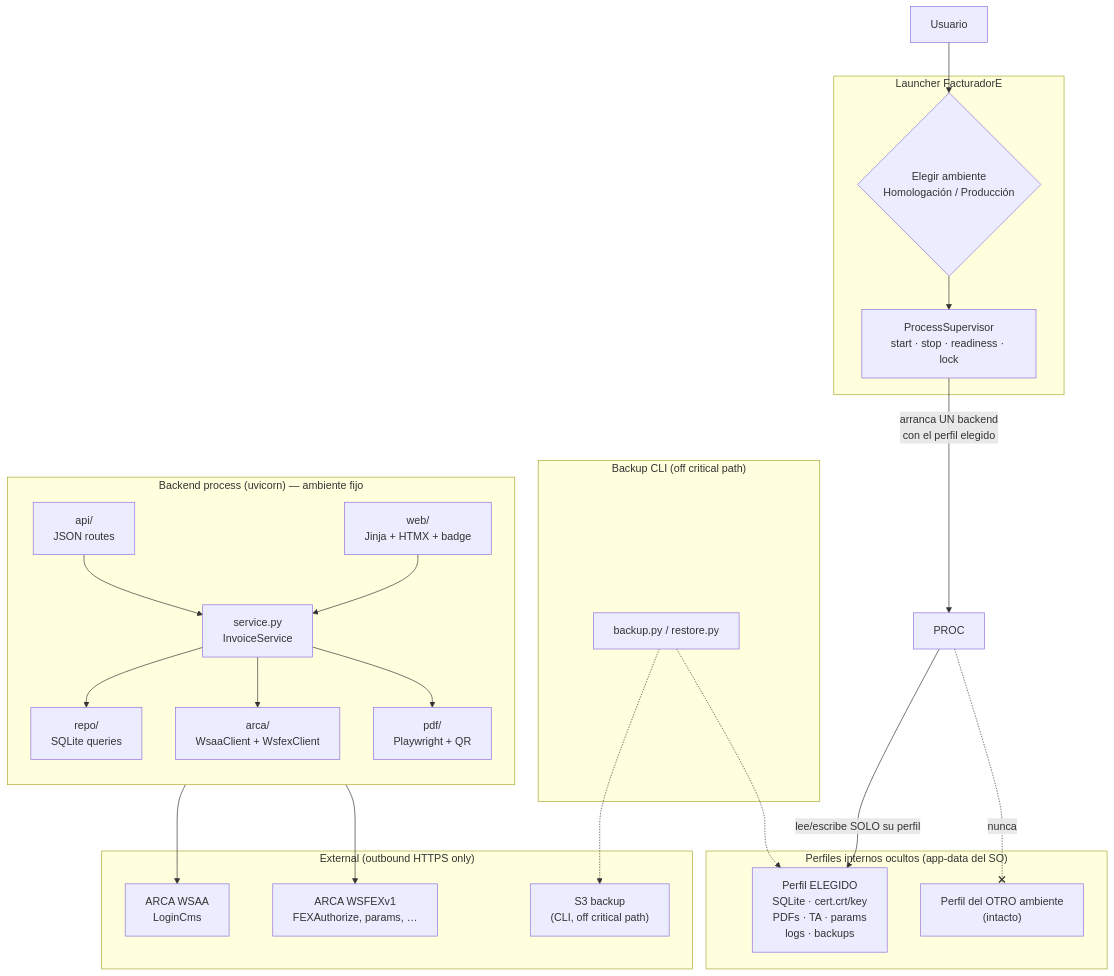
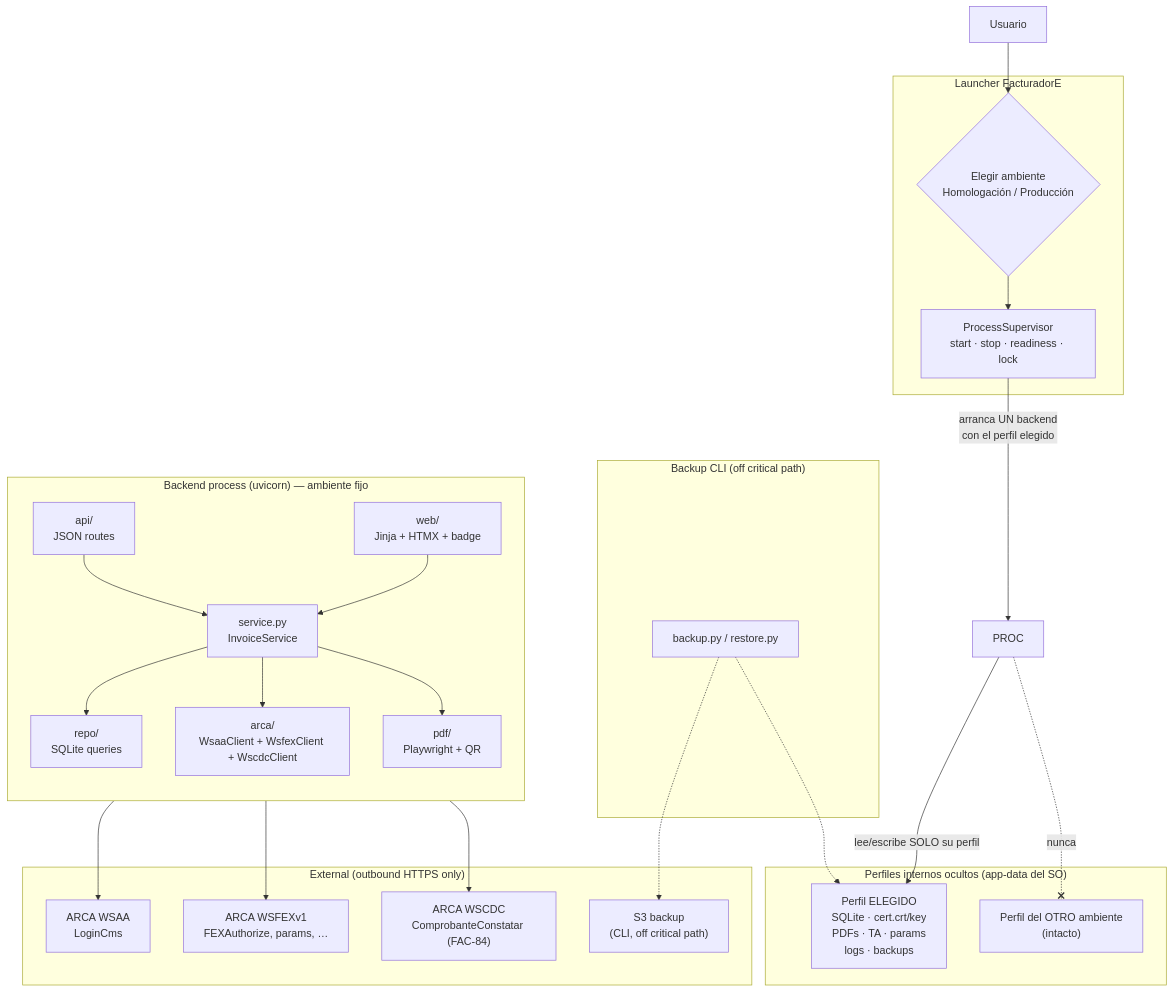
The first of 7 diagrams in docs/agent/architecture-graphs.md (FacundoTripelhorn/facturadorE), drawn with Mermaid before and after one commit. The commit also changed 25 other files, not shown here.

Commit message:
FAC-84: Support Constatación de CAE (WSCDC) for authorized Factura E (#73)

````diff
--- a/docs/agent/architecture-graphs.md
+++ b/docs/agent/architecture-graphs.md
@@ -25,48 +25,50 @@
 ```mermaid
 flowchart TB
   USER["Usuario"] --> CHOICE
 
   subgraph launcher["Launcher FacturadorE"]
     CHOICE{"Elegir ambiente<br/>Homologación / Producción"}
     SUP["ProcessSupervisor<br/>start · stop · readiness · lock"]
     CHOICE --> SUP
   end
 
   SUP -->|"arranca UN backend<br/>con el perfil elegido"| PROC
 
   subgraph proc["Backend process (uvicorn) — ambiente fijo"]
     direction TB
     API["api/<br/>JSON routes"]
     WEB["web/<br/>Jinja + HTMX + badge"]
     SVC["service.py<br/>InvoiceService"]
     REPO["repo/<br/>SQLite queries"]
     PDF["pdf/<br/>Playwright + QR"]
-    ARCA["arca/<br/>WsaaClient + WsfexClient"]
+    ARCA["arca/<br/>WsaaClient + WsfexClient + WscdcClient"]
   end
 
   subgraph profiles["Perfiles internos ocultos (app-data del SO)"]
     SEL["Perfil ELEGIDO<br/>SQLite · cert.crt/key<br/>PDFs · TA · params<br/>logs · backups"]
     OTHER["Perfil del OTRO ambiente<br/>(intacto)"]
   end
 
   subgraph external["External (outbound HTTPS only)"]
     WSAA["ARCA WSAA<br/>LoginCms"]
     WSFEX["ARCA WSFEXv1<br/>FEXAuthorize, params, …"]
+    WSCDC["ARCA WSCDC<br/>ComprobanteConstatar (FAC-84)"]
     S3["S3 backup<br/>(CLI, off critical path)"]
   end
 
   PROC -->|"lee/escribe SOLO su perfil"| SEL
   PROC -.-x|"nunca"| OTHER
   API --> SVC
   WEB --> SVC
   SVC --> REPO
   SVC --> ARCA
   SVC --> PDF
   ARCA --> WSAA
   ARCA --> WSFEX
+  ARCA --> WSCDC
   subgraph backup_cli["Backup CLI (off critical path)"]
     BAK["backup.py / restore.py"]
   end
   BAK -.-> S3
   BAK -.-> SEL
 ```
````
